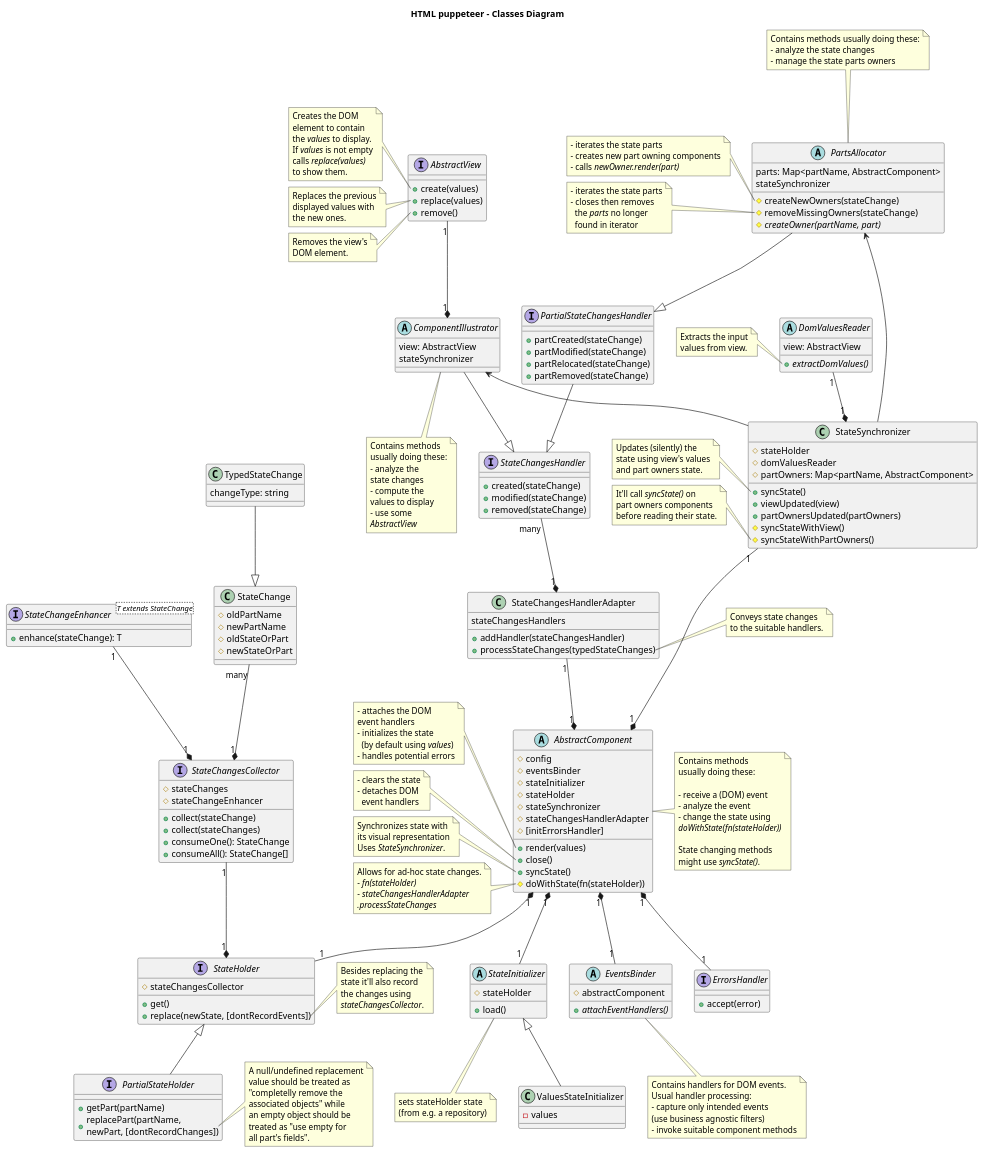
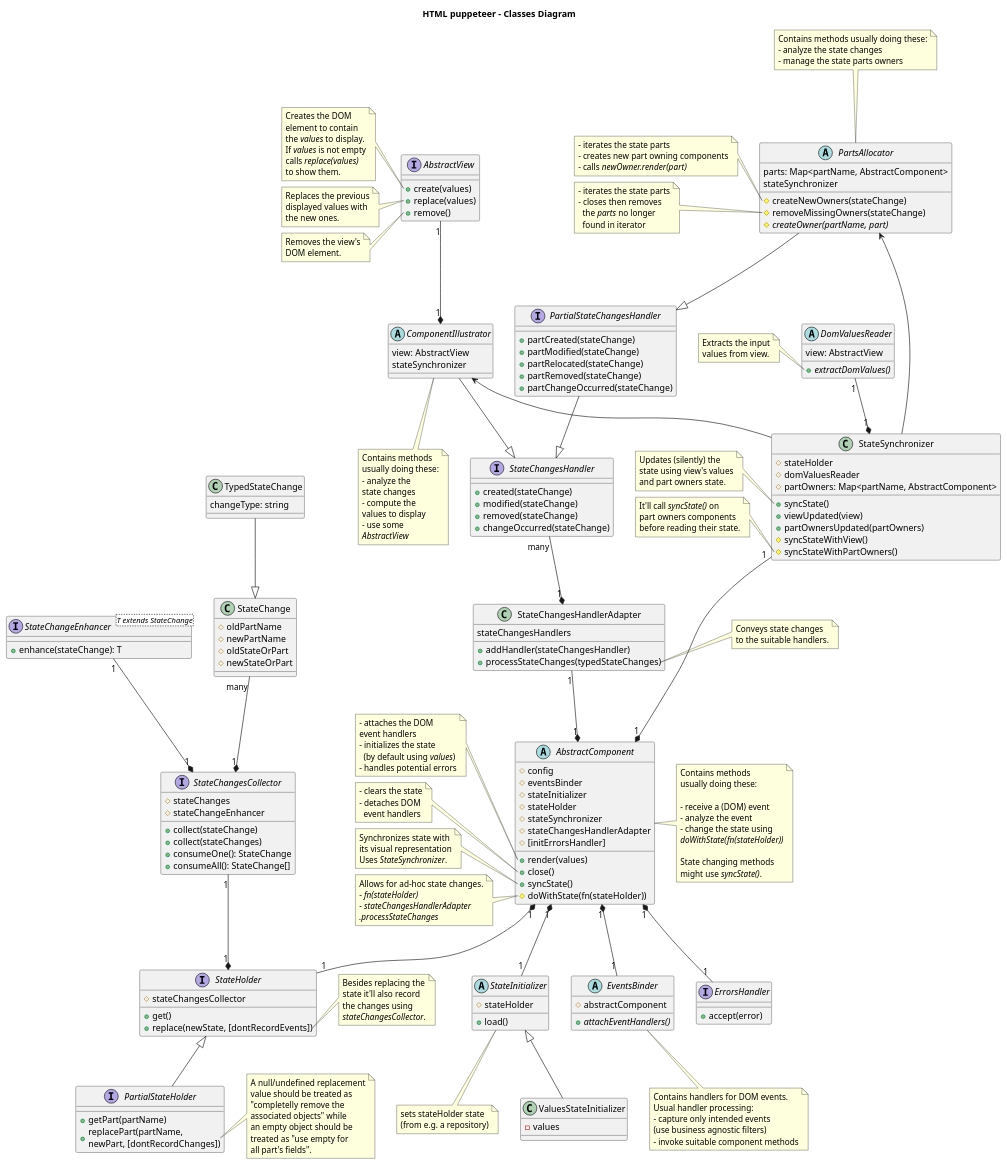
Before and after one commit to adrhc/html-puppeteer: the diagram in design/classes-diagram.puml, drawn with PlantUML. The commit also changed 9 other files, not shown here.

```diff
--- a/design/classes-diagram.puml
+++ b/design/classes-diagram.puml
@@ -217,6 +217,7 @@
 +created(stateChange)
 +modified(stateChange)
 +removed(stateChange)
++changeOccurred(stateChange)
 }
 
 interface PartialStateChangesHandler {
@@ -224,6 +225,7 @@
 +partModified(stateChange)
 +partRelocated(stateChange)
 +partRemoved(stateChange)
++partChangeOccurred(stateChange)
 }
 
 abstract ComponentIllustrator {
```
